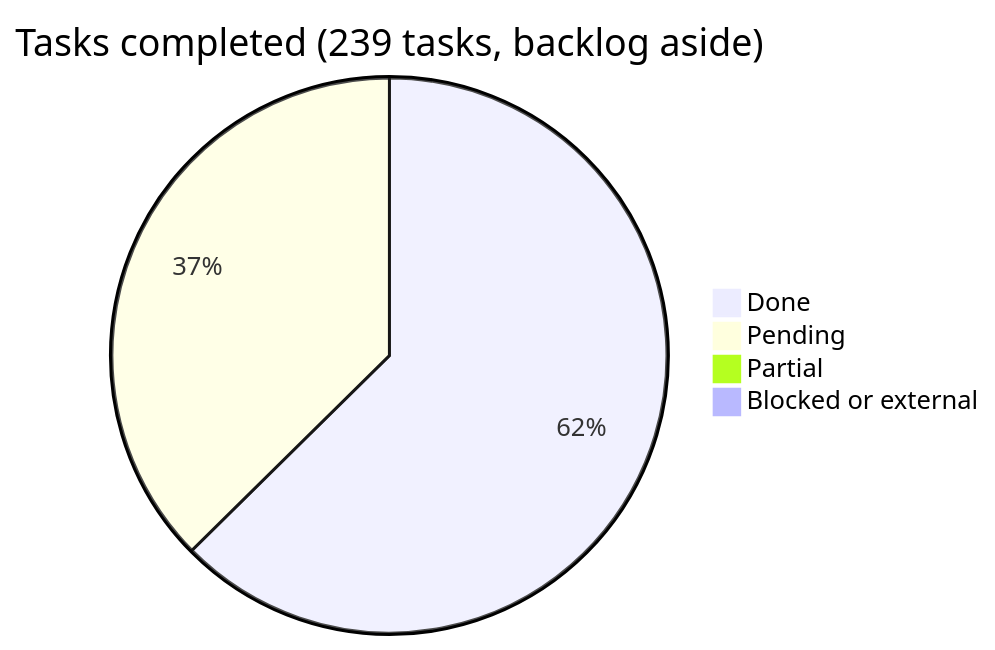
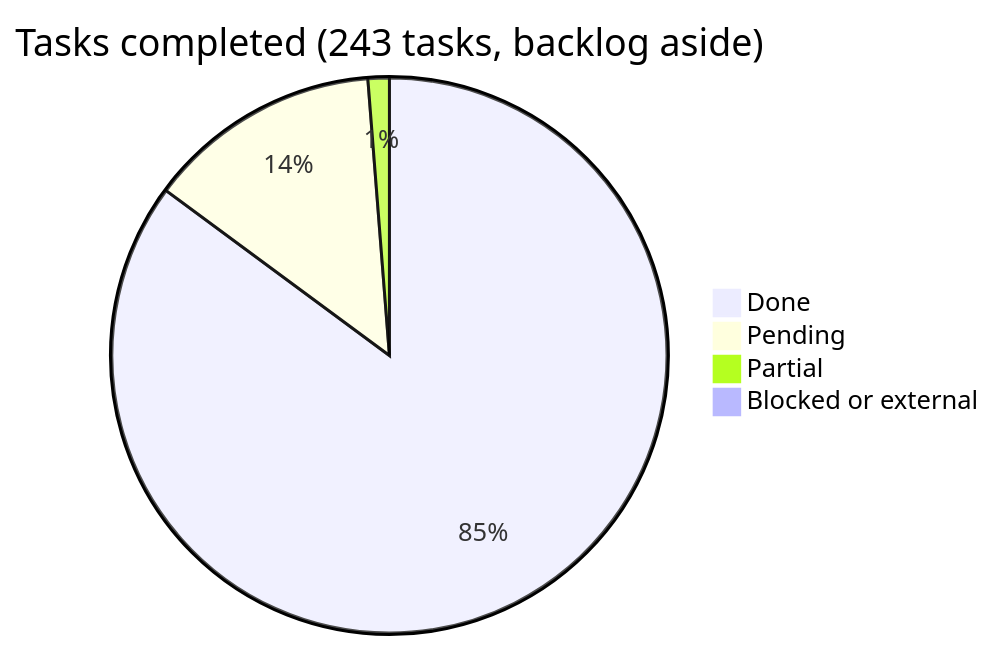
One commit to araguaney-lat/araguaney-app changed the diagram in docs/roadmap/README.md. Above: the diagram before and after it, drawn with Mermaid. The commit also changed other lines of this file and 2 other files, not shown here.

````diff
--- a/docs/roadmap/README.md
+++ b/docs/roadmap/README.md
@@ -38,7 +43,7 @@
 ```mermaid
-pie title Tasks completed (239 tasks, backlog aside)
-    "Done" : 149
-    "Pending" : 89
-    "Partial" : 1
-    "Blocked or external" : 0
+pie title Tasks completed (243 tasks, backlog aside)
+    "Done" : 206
+    "Pending" : 33
+    "Partial" : 3
+    "Blocked or external" : 1
 ```
````
